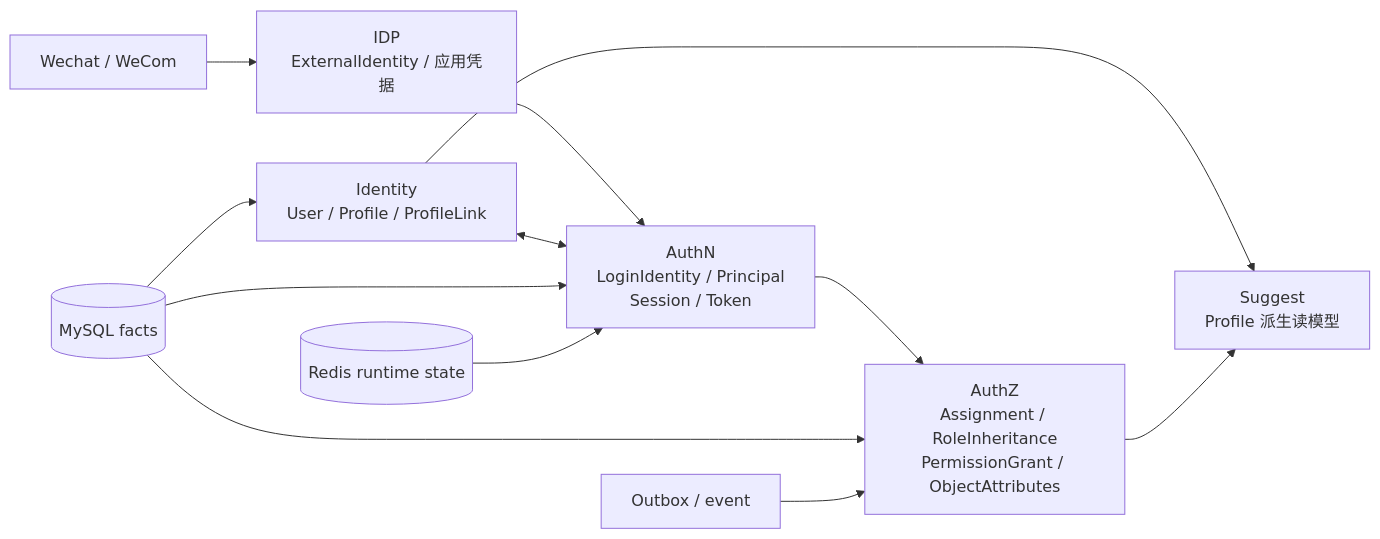
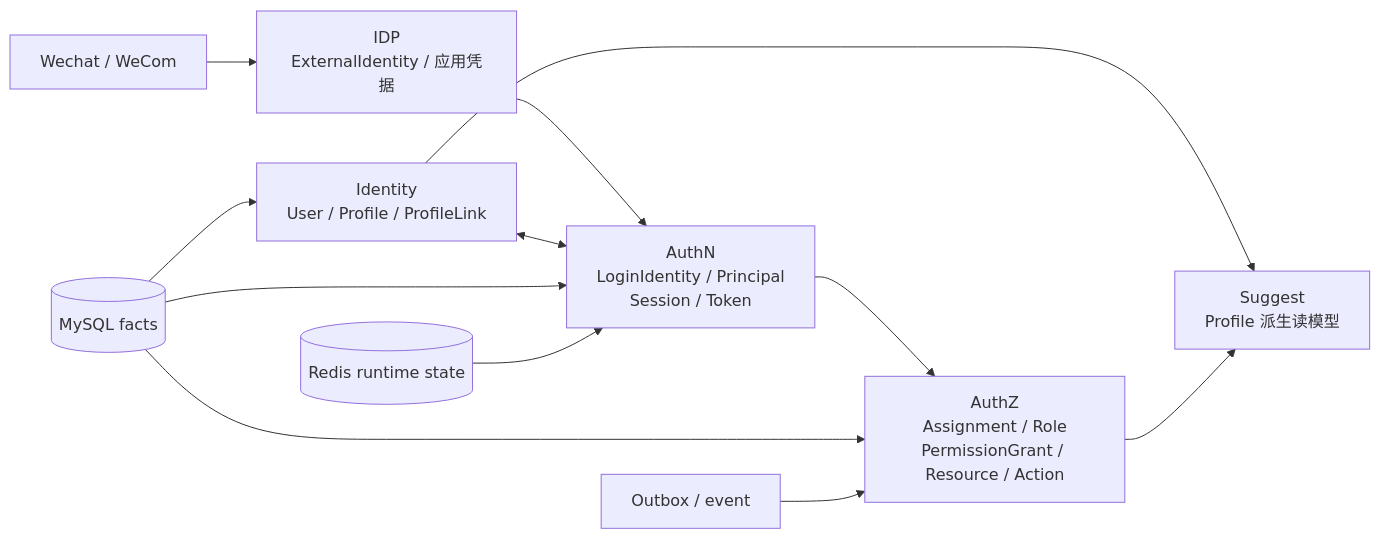
One commit to FangcunMount/iam-contracts changed the diagram in docs/README.md. Above: the diagram before and after it, drawn with Mermaid. The commit also changed other lines of this file and 162 other files, not shown here.

````diff
--- a/docs/README.md
+++ b/docs/README.md
@@ -31,15 +31,15 @@
 ```mermaid
 flowchart LR
     Provider["Wechat / WeCom"] --> IDP["IDP\nExternalIdentity / 应用凭据"]
     IDP --> AuthN["AuthN\nLoginIdentity / Principal\nSession / Token"]
     Identity["Identity\nUser / Profile / ProfileLink"] <--> AuthN
-    AuthN --> AuthZ["AuthZ\nAssignment / RoleInheritance\nPermissionGrant / ObjectAttributes"]
+    AuthN --> AuthZ["AuthZ\nAssignment / Role\nPermissionGrant / Resource / Action"]
     Identity --> Suggest["Suggest\nProfile 派生读模型"]
     AuthZ --> Suggest
 
     MySQL[("MySQL facts")] --> Identity
     MySQL --> AuthN
     MySQL --> AuthZ
     Redis[("Redis runtime state")] --> AuthN
     Event["Outbox / event"] --> AuthZ
 ```
````
